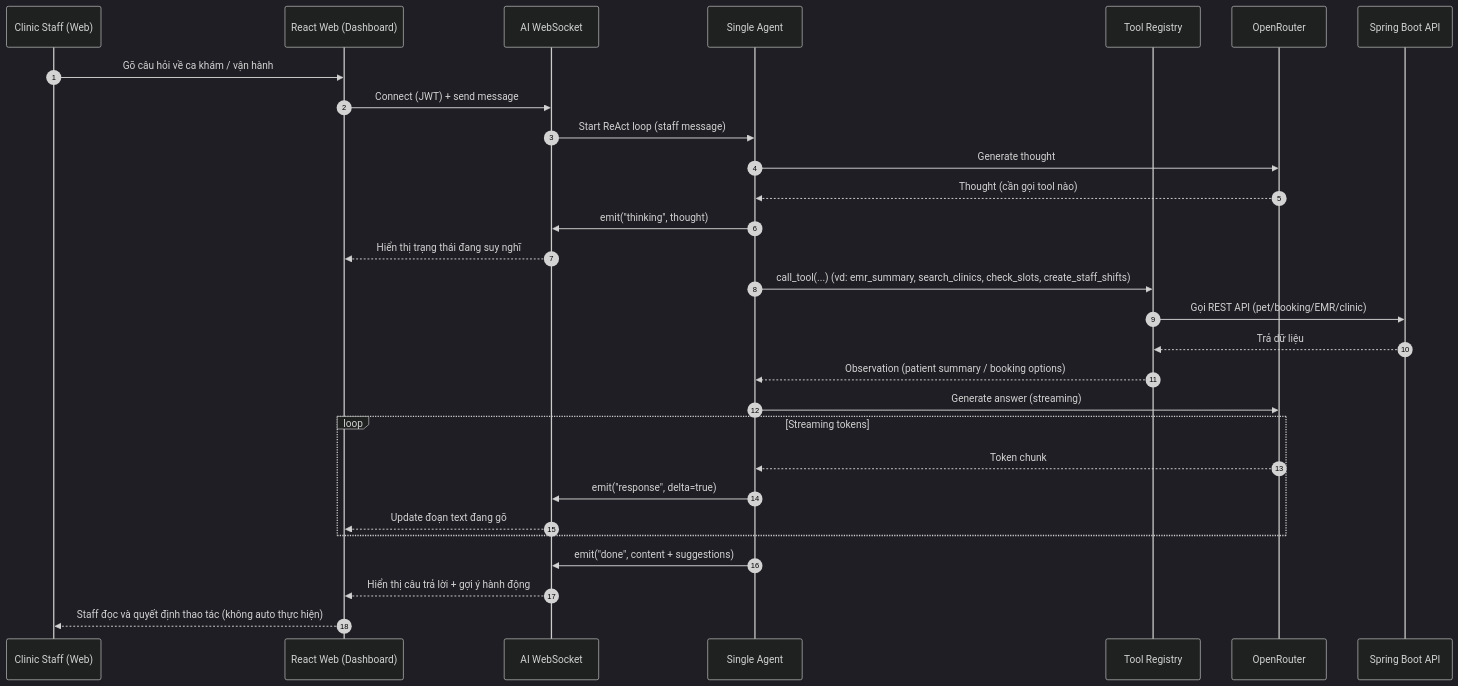
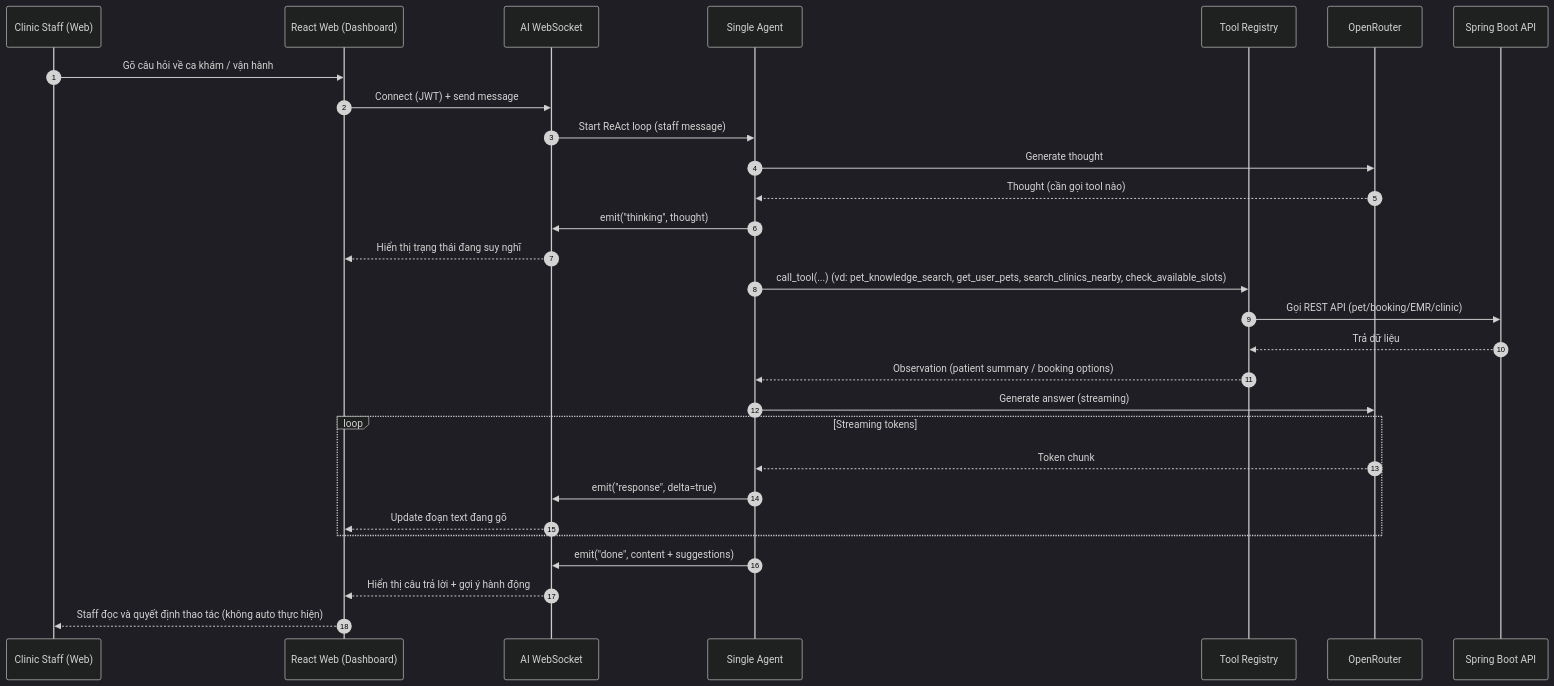
One commit to espresso23/Petties-Veterinary-Appointment-Booking-Platform changed the eighth of 11 diagrams in docs-references/documentation/AI_SERVICE_TECHNICAL_SPECIFICATION.md. Above: the diagram before and after it, drawn with Mermaid (dark theme). The commit also changed other lines of this file and 108 other files, not shown here.

First line of the commit message:
feat(ai): add business chat booking flow and sync platform docs

````diff
--- a/docs-references/documentation/AI_SERVICE_TECHNICAL_SPECIFICATION.md
+++ b/docs-references/documentation/AI_SERVICE_TECHNICAL_SPECIFICATION.md
@@ -449,35 +496,35 @@
 ```mermaid
 sequenceDiagram
     autonumber
     participant Staff as Clinic Staff (Web)
     participant WebUI as React Web (Dashboard)
     participant WS as AI WebSocket
     participant Agent as Single Agent
     participant Tools as Tool Registry
     participant LLM as OpenRouter
     participant Backend as Spring Boot API
 
     Staff->>WebUI: Gõ câu hỏi về ca khám / vận hành
     WebUI->>WS: Connect (JWT) + send message
     WS->>Agent: Start ReAct loop (staff message)
 
     Agent->>LLM: Generate thought
     LLM-->>Agent: Thought (cần gọi tool nào)
     Agent->>WS: emit("thinking", thought)
     WS-->>WebUI: Hiển thị trạng thái đang suy nghĩ
 
-    Agent->>Tools: call_tool(...) (vd: emr_summary, search_clinics, check_slots, create_staff_shifts)
+    Agent->>Tools: call_tool(...) (vd: pet_knowledge_search, get_user_pets, search_clinics_nearby, check_available_slots)
     Tools->>Backend: Gọi REST API (pet/booking/EMR/clinic)
     Backend-->>Tools: Trả dữ liệu
     Tools-->>Agent: Observation (patient summary / booking options)
 
     Agent->>LLM: Generate answer (streaming)
     loop Streaming tokens
         LLM-->>Agent: Token chunk
         Agent->>WS: emit("response", delta=true)
         WS-->>WebUI: Update đoạn text đang gõ
     end
     Agent->>WS: emit("done", content + suggestions)
     WS-->>WebUI: Hiển thị câu trả lời + gợi ý hành động
     WebUI-->>Staff: Staff đọc và quyết định thao tác (không auto thực hiện)
 ```
````
